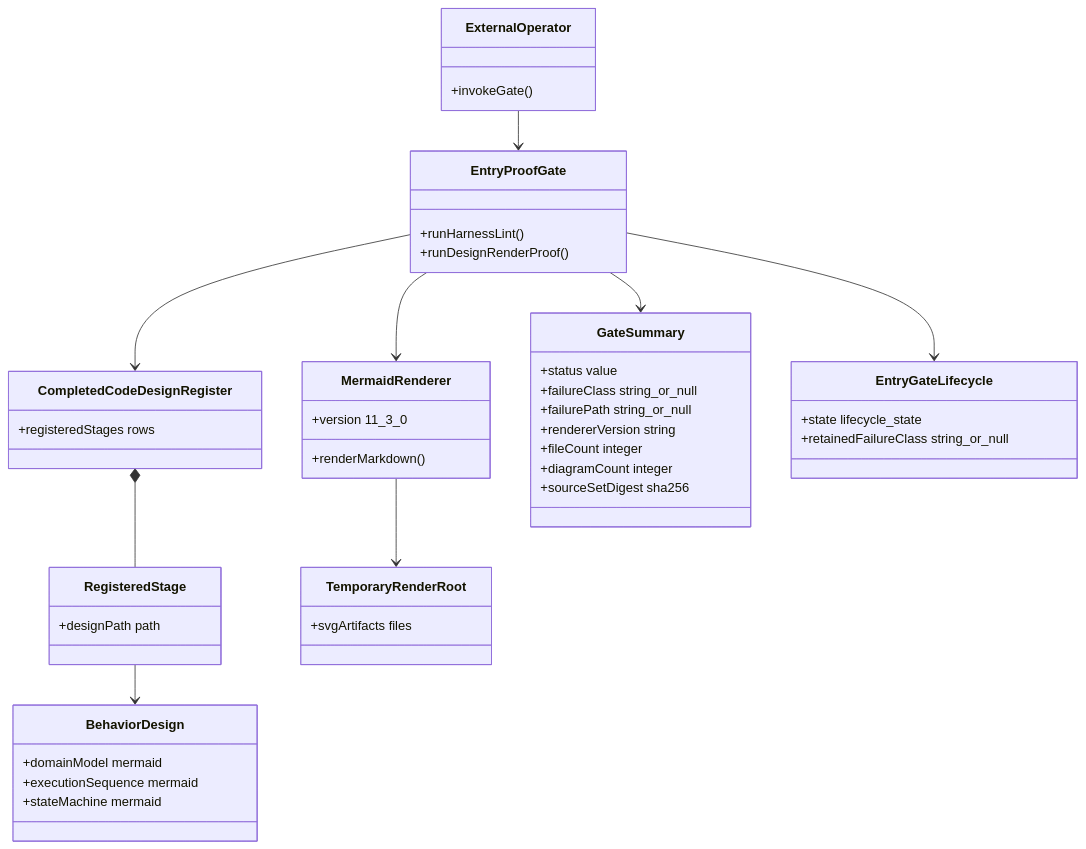
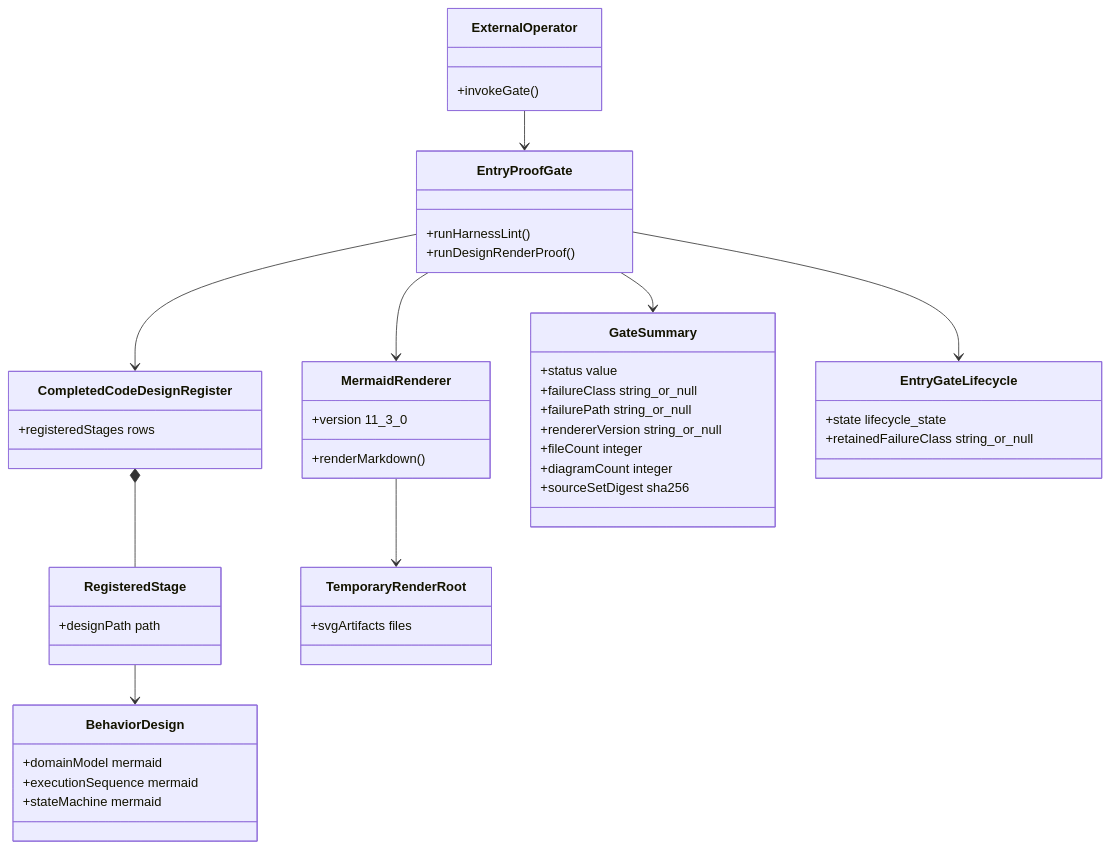
Before and after one commit to foolishimp/abiogenesis: the first of 3 diagrams in build_tenants/abiogenesis/typescript/design/M05_ENTRY_PROOF_GATES_BEHAVIOR_DESIGN.md, drawn with Mermaid. The commit also changed other lines of this file and 13 other files, not shown here.

````diff
--- a/build_tenants/abiogenesis/typescript/design/M05_ENTRY_PROOF_GATES_BEHAVIOR_DESIGN.md
+++ b/build_tenants/abiogenesis/typescript/design/M05_ENTRY_PROOF_GATES_BEHAVIOR_DESIGN.md
@@ -16,49 +16,49 @@
 ```mermaid
 classDiagram
   class EntryProofGate {
     +runHarnessLint()
     +runDesignRenderProof()
   }
   class ExternalOperator {
     +invokeGate()
   }
   class CompletedCodeDesignRegister {
     +registeredStages rows
   }
   class RegisteredStage {
     +designPath path
   }
   class BehaviorDesign {
     +domainModel mermaid
     +executionSequence mermaid
     +stateMachine mermaid
   }
   class MermaidRenderer {
     +version 11_3_0
     +renderMarkdown()
   }
   class TemporaryRenderRoot {
     +svgArtifacts files
   }
   class GateSummary {
     +status value
     +failureClass string_or_null
     +failurePath string_or_null
-    +rendererVersion string
+    +rendererVersion string_or_null
     +fileCount integer
     +diagramCount integer
     +sourceSetDigest sha256
   }
   class EntryGateLifecycle {
     +state lifecycle_state
     +retainedFailureClass string_or_null
   }
   ExternalOperator --> EntryProofGate
   EntryProofGate --> CompletedCodeDesignRegister
   CompletedCodeDesignRegister *-- RegisteredStage
   RegisteredStage --> BehaviorDesign
   EntryProofGate --> MermaidRenderer
   MermaidRenderer --> TemporaryRenderRoot
   EntryProofGate --> GateSummary
   EntryProofGate --> EntryGateLifecycle
 ```
````
